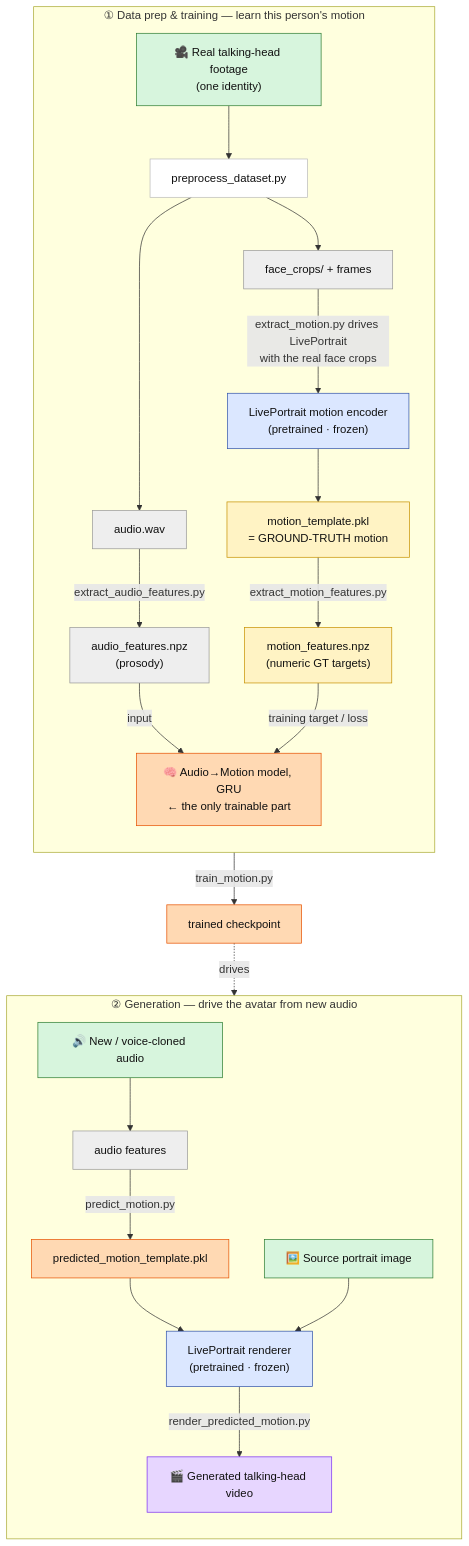
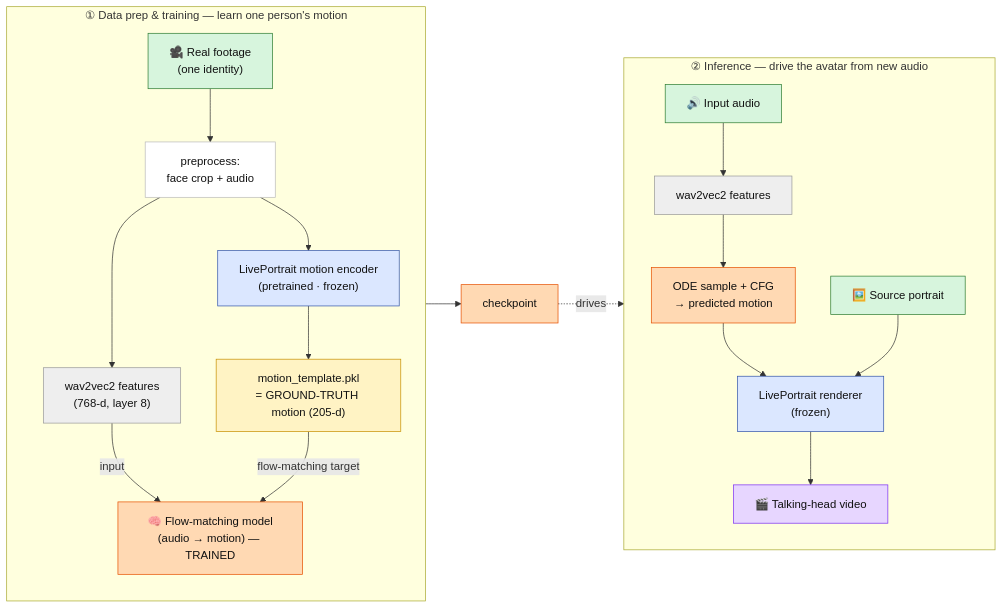
Before and after one commit to kariemelsedfy/video-persona-gen: the diagram in README.md, drawn with Mermaid. The commit also changed other lines of this file and 12 other files, not shown here.

````diff
--- a/README.md
+++ b/README.md
@@ -34,54 +65,36 @@
 ```mermaid
-flowchart TD
-    subgraph PREP["① Data prep &amp; training — learn this person's motion"]
+flowchart LR
+    subgraph TRAIN["① Data prep &amp; training — learn one person's motion"]
         direction TB
-        RAW["🎥 Real talking-head footage<br/>(one identity)"]:::real
-        PRE["preprocess_dataset.py"]:::script
-        AUD["audio.wav"]:::artifact
-        CROP["face_crops/ + frames"]:::artifact
-        RAW --> PRE
-        PRE --> AUD
-        PRE --> CROP
-
+        RAW["🎥 Real footage<br/>(one identity)"]:::real
+        PRE["preprocess:<br/>face crop + audio"]:::script
         LPX["LivePortrait motion encoder<br/>(pretrained · frozen)"]:::frozen
-        MT["motion_template.pkl<br/>= GROUND-TRUTH motion"]:::truth
-        CROP -->|"extract_motion.py drives LivePortrait<br/>with the real face crops"| LPX
-        LPX --> MT
-
-        AF["audio_features.npz<br/>(prosody)"]:::artifact
-        MF["motion_features.npz<br/>(numeric GT targets)"]:::truth
-        AUD -->|extract_audio_features.py| AF
-        MT -->|extract_motion_features.py| MF
-
-        GRU["🧠 Audio→Motion model, GRU<br/>← the only trainable part"]:::learned
-        AF -->|input| GRU
-        MF -->|training target / loss| GRU
+        MT["motion_template.pkl<br/>= GROUND-TRUTH motion (205-d)"]:::truth
+        W2V["wav2vec2 features<br/>(768-d, layer 8)"]:::artifact
+        MODEL["🧠 Flow-matching model<br/>(audio → motion) — TRAINED"]:::learned
+        RAW --> PRE --> LPX --> MT
+        PRE --> W2V
+        W2V -->|input| MODEL
+        MT -->|flow-matching target| MODEL
     end
-
-    GRU -->|"train_motion.py"| CKPT["trained checkpoint"]:::learned
-
-    subgraph GEN["② Generation — drive the avatar from new audio"]
+    MODEL --> CKPT["checkpoint"]:::learned
+    subgraph GEN["② Inference — drive the avatar from new audio"]
         direction TB
-        NEWAUD["🔊 New / voice-cloned audio"]:::real
-        NAF["audio features"]:::artifact
-        PMT["predicted_motion_template.pkl"]:::learned
-        SRC["🖼️ Source portrait image"]:::real
-        LPR["LivePortrait renderer<br/>(pretrained · frozen)"]:::frozen
-        OUT["🎬 Generated talking-head video"]:::output
-        NEWAUD --> NAF
-        NAF -->|predict_motion.py| PMT
-        PMT --> LPR
-        SRC --> LPR
-        LPR -->|render_predicted_motion.py| OUT
+        NEWAUD["🔊 Input audio"]:::real
+        NAF["wav2vec2 features"]:::artifact
+        SAMPLE["ODE sample + CFG<br/>→ predicted motion"]:::learned
+        SRC["🖼️ Source portrait"]:::real
+        LPR["LivePortrait renderer<br/>(frozen)"]:::frozen
+        OUT["🎬 Talking-head video"]:::output
+        NEWAUD --> NAF --> SAMPLE --> LPR
+        SRC --> LPR --> OUT
     end
-
-    CKPT -.->|drives| PMT
-
+    CKPT -.->|drives| SAMPLE
     classDef real fill:#d7f5dd,stroke:#2e7d32,color:#111;
     classDef truth fill:#fff3c4,stroke:#c79100,color:#111;
     classDef learned fill:#ffd9b3,stroke:#e65100,color:#111;
     classDef frozen fill:#dbe7ff,stroke:#3355aa,color:#111;
-    classDef artifact fill:#eeeeee,stroke:#999999,color:#111;
-    classDef script fill:#ffffff,stroke:#bbbbbb,color:#111;
+    classDef artifact fill:#eeeeee,stroke:#999,color:#111;
+    classDef script fill:#fff,stroke:#bbb,color:#111;
     classDef output fill:#e7d6ff,stroke:#7b2ff2,color:#111;
 ```
````
